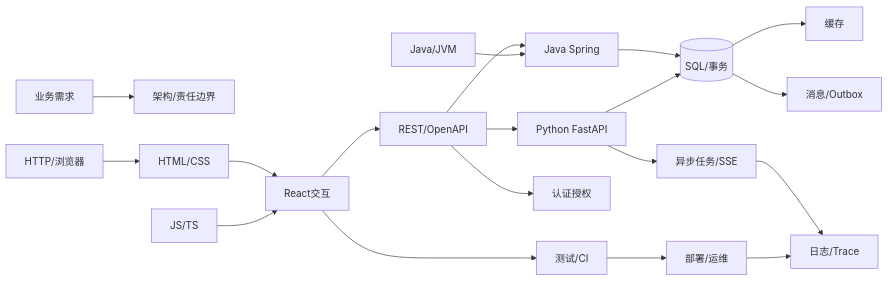
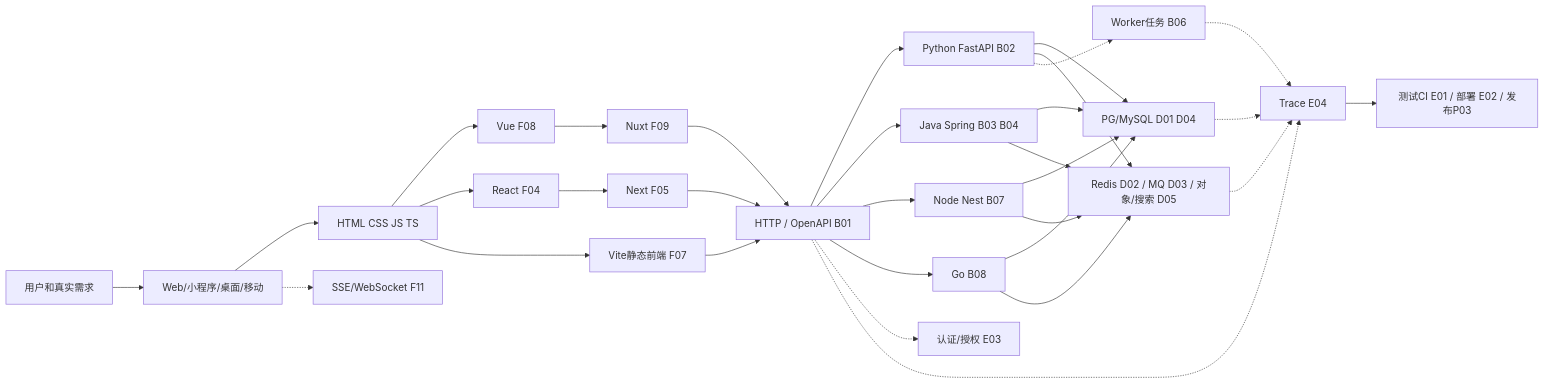
One commit to Xander-Xai/X-SuperPlay-FullStack-Learning-OS changed the first of 2 diagrams in docs/learning/KNOWLEDGE-GRAPH.md. Above: the diagram before and after it, drawn with Mermaid. The commit also changed other lines of this file and 23 other files, not shown here.

````diff
--- a/docs/learning/KNOWLEDGE-GRAPH.md
+++ b/docs/learning/KNOWLEDGE-GRAPH.md
@@ -5,20 +7,21 @@
-```mermaid
+~~~mermaid
 flowchart LR
-  Demand[业务需求] --> Arch[架构/责任边界]
-  Web[HTTP/浏览器] --> UI[HTML/CSS]
-  UI --> React[React交互]
-  JS[JS/TS] --> React
-  React --> Contract[REST/OpenAPI]
-  Contract --> FastAPI[Python FastAPI]
-  Contract --> Spring[Java Spring]
-  Java[Java/JVM] --> Spring
-  Spring --> DB[(SQL/事务)]
-  FastAPI --> DB
-  DB --> Redis[缓存]
-  DB --> MQ[消息/Outbox]
-  FastAPI --> Task[异步任务/SSE]
-  Contract --> Auth[认证授权]
-  React --> CI[测试/CI] --> Deploy[部署/运维]
-  Task --> Trace[日志/Trace]
-  Deploy --> Trace
-```
+  User["用户和真实需求"] --> Surface["Web/小程序/桌面/移动"]
+  Surface --> Web["HTML CSS JS TS"]
+  Web --> Vue["Vue F08"] --> Nuxt["Nuxt F09"]
+  Web --> React["React F04"] --> Next["Next F05"]
+  Web --> Standalone["Vite静态前端 F07"]
+  Nuxt & Next & Standalone --> Protocol["HTTP / OpenAPI B01"]
+  Protocol --> Fast["Python FastAPI B02"]
+  Protocol --> Spring["Java Spring B03 B04"]
+  Protocol --> Node["Node Nest B07"]
+  Protocol --> Go["Go B08"]
+  Fast & Spring & Node & Go --> Data["PG/MySQL D01 D04"]
+  Fast & Spring & Node & Go --> Extra["Redis D02 / MQ D03 / 对象/搜索 D05"]
+  Protocol -.-> Auth["认证/授权 E03"]
+  Fast -.-> Tasks["Worker任务 B06"]
+  Surface -.-> Realtime["SSE/WebSocket F11"]
+  Protocol -.-> Obs["Trace E04"]
+  Data & Extra & Tasks -.-> Obs
+  Obs --> Delivery["测试CI E01 / 部署 E02 / 发布P03"]
+~~~
````
